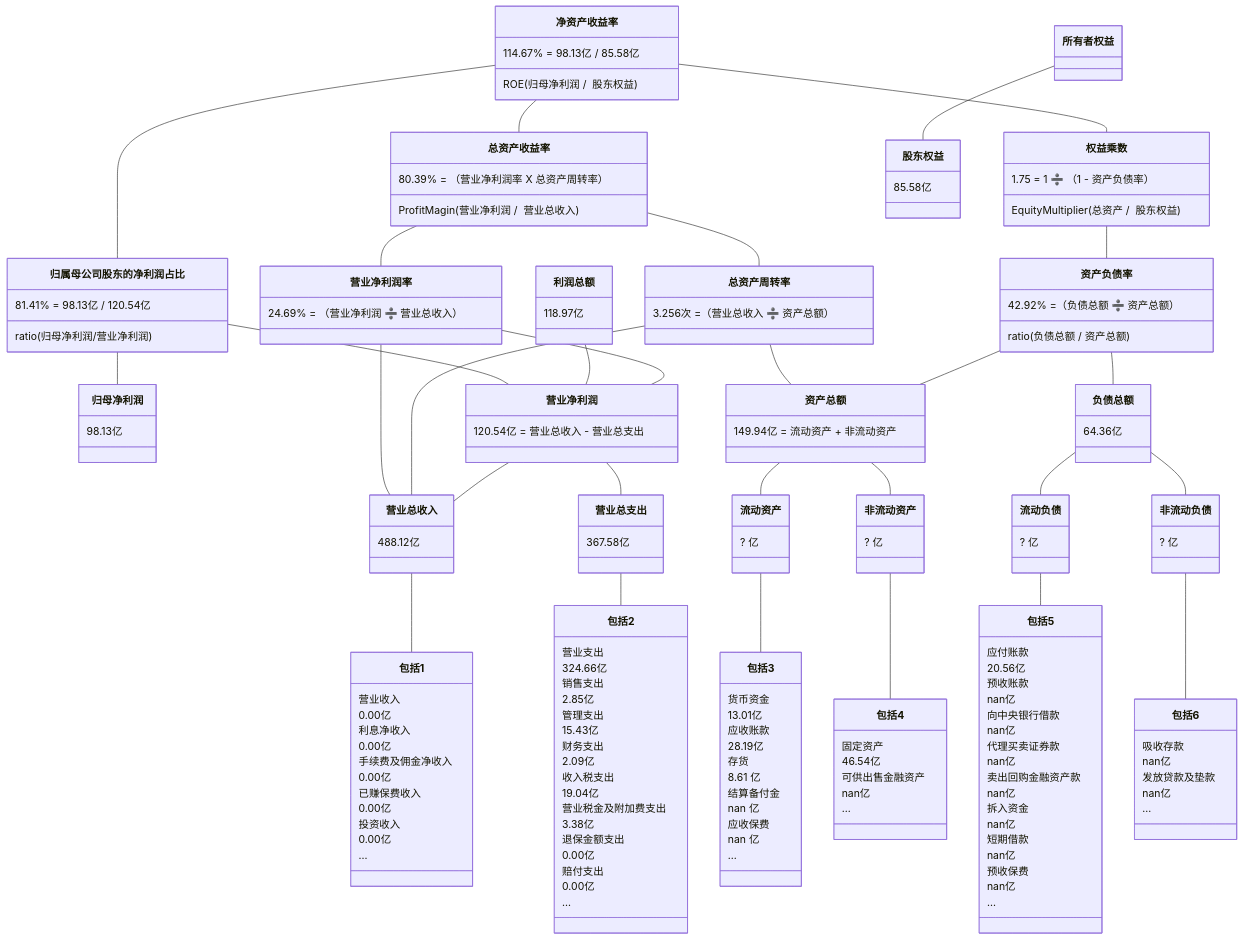
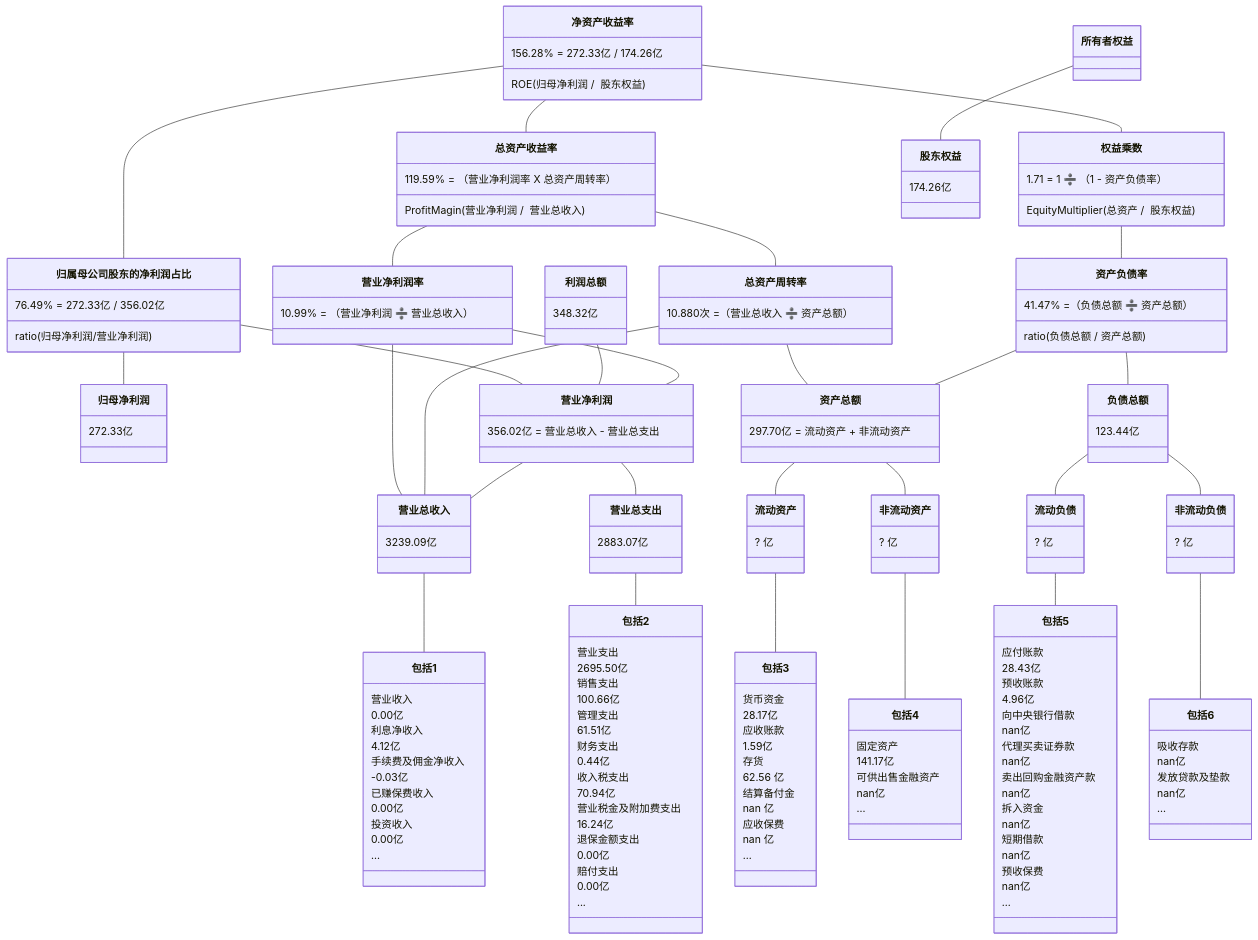
The tenth of 10 diagrams in 2/2.md (TheVeryDarkness/cs410), drawn with Mermaid before and after one commit. The commit also changed other lines of this file and 72 other files, not shown here.

````diff
--- a/2/2.md
+++ b/2/2.md
@@ -1335,45 +1375,45 @@
 ```mermaid
 classDiagram
 净资产收益率 -- 总资产收益率
-    净资产收益率 : 114.67% = 98.13亿 / 85.58亿
+    净资产收益率 : 156.28% = 272.33亿 / 174.26亿
     净资产收益率 : ROE(归母净利润 /  股东权益)
-    总资产收益率 : 80.39% = （营业净利润率 X 总资产周转率）
+    总资产收益率 : 119.59% = （营业净利润率 X 总资产周转率）
     总资产收益率 : ProfitMagin(营业净利润 /  营业总收入)
 净资产收益率 -- 归属母公司股东的净利润占比
-	  归属母公司股东的净利润占比 : 81.41% = 98.13亿 / 120.54亿
+	  归属母公司股东的净利润占比 : 76.49% = 272.33亿 / 356.02亿
 	  归属母公司股东的净利润占比 : ratio(归母净利润/营业净利润)
 归属母公司股东的净利润占比 -- 归母净利润
-    归母净利润 : 98.13亿
+    归母净利润 : 272.33亿
 归属母公司股东的净利润占比 -- 营业净利润
-利润总额 : 118.97亿
+利润总额 : 348.32亿
 利润总额 -- 营业净利润
 净资产收益率 -- 权益乘数
-    权益乘数 : 1.75 = 1 ➗ （1 - 资产负债率）
+    权益乘数 : 1.71 = 1 ➗ （1 - 资产负债率）
     权益乘数 : EquityMultiplier(总资产 /  股东权益)
 
 总资产收益率 -- 营业净利润率
-    营业净利润率 : 24.69% = （营业净利润 ➗ 营业总收入）
+    营业净利润率 : 10.99% = （营业净利润 ➗ 营业总收入）
 总资产收益率 -- 总资产周转率
-    总资产周转率 : 3.256次 =（营业总收入 ➗ 资产总额）
+    总资产周转率 : 10.880次 =（营业总收入 ➗ 资产总额）
 权益乘数 -- 资产负债率
-    资产负债率  : 42.92% =（负债总额 ➗ 资产总额）
+    资产负债率  : 41.47% =（负债总额 ➗ 资产总额）
     资产负债率  : ratio(负债总额 / 资产总额)
 
 营业净利润率 -- 营业净利润
-    营业净利润 : 120.54亿 = 营业总收入 - 营业总支出
+    营业净利润 : 356.02亿 = 营业总收入 - 营业总支出
 营业净利润率 -- 营业总收入
 总资产周转率 -- 营业总收入
 总资产周转率 -- 资产总额
-    资产总额 : 149.94亿 = 流动资产 + 非流动资产
+    资产总额 : 297.70亿 = 流动资产 + 非流动资产
 资产负债率 -- 负债总额
-    负债总额 : 64.36亿
+    负债总额 : 123.44亿
 资产负债率 -- 资产总额
 
 
 营业净利润 -- 营业总收入
-    营业总收入 : 488.12亿
+    营业总收入 : 3239.09亿
 营业净利润 -- 营业总支出
-    营业总支出 : 367.58亿
+    营业总支出 : 2883.07亿
 资产总额 -- 流动资产
 	  流动资产 : ? 亿
 资产总额 -- 非流动资产
@@ -1387,9 +1427,9 @@
     包括1 : 营业收入
     包括1 : 0.00亿
     包括1 : 利息净收入
-    包括1 : 0.00亿
+    包括1 : 4.12亿
     包括1 : 手续费及佣金净收入
-    包括1 : 0.00亿
+    包括1 : -0.03亿
     包括1 : 已赚保费收入
     包括1 : 0.00亿
     包括1 : 投资收入
@@ -1397,17 +1437,17 @@
     包括1 : ...
 营业总支出 -- 包括2
     包括2 : 营业支出
-    包括2 : 324.66亿
+    包括2 : 2695.50亿
     包括2 : 销售支出
-    包括2 : 2.85亿
+    包括2 : 100.66亿
     包括2 : 管理支出
-    包括2 : 15.43亿
+    包括2 : 61.51亿
     包括2 : 财务支出
-    包括2 : 2.09亿
+    包括2 : 0.44亿
     包括2 : 收入税支出
-    包括2 : 19.04亿
+    包括2 : 70.94亿
     包括2 : 营业税金及附加费支出
-    包括2 : 3.38亿
+    包括2 : 16.24亿
     包括2 : 退保金额支出
     包括2 : 0.00亿
     包括2 : 赔付支出
@@ -1415,11 +1455,11 @@
     包括2 : ...
 流动资产 -- 包括3
     包括3 : 货币资金
-    包括3 : 13.01亿
+    包括3 : 28.17亿
     包括3 : 应收账款
-    包括3 : 28.19亿
+    包括3 : 1.59亿
     包括3 : 存货
-    包括3 : 8.61 亿
+    包括3 : 62.56 亿
     包括3 : 结算备付金
     包括3 : nan 亿
     包括3 : 应收保费
@@ -1427,15 +1467,15 @@
     包括3 : ...
 非流动资产 -- 包括4
     包括4 : 固定资产
-    包括4 : 46.54亿
+    包括4 : 141.17亿
     包括4 : 可供出售金融资产
     包括4 : nan亿
     包括4 : ...
 流动负债 -- 包括5
     包括5 : 应付账款
-    包括5 : 20.56亿
+    包括5 : 28.43亿
     包括5 : 预收账款
-    包括5 : nan亿
+    包括5 : 4.96亿
     包括5 : 向中央银行借款
     包括5 : nan亿
     包括5 : 代理买卖证券款
@@ -1456,5 +1496,5 @@
     包括6 : nan亿
     包括6 : ...
 所有者权益 -- 股东权益
-    股东权益 : 85.58亿
+    股东权益 : 174.26亿
 ```
````
